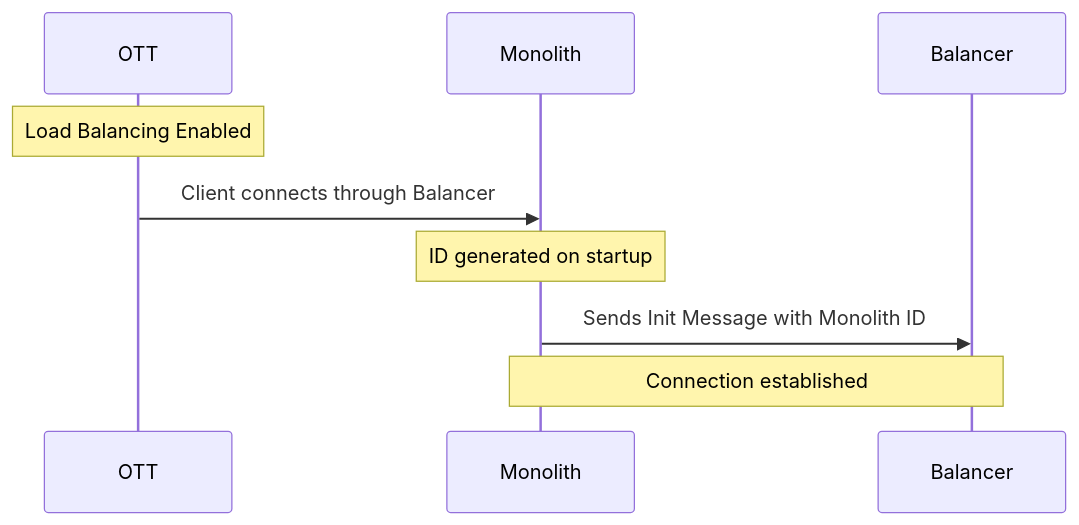
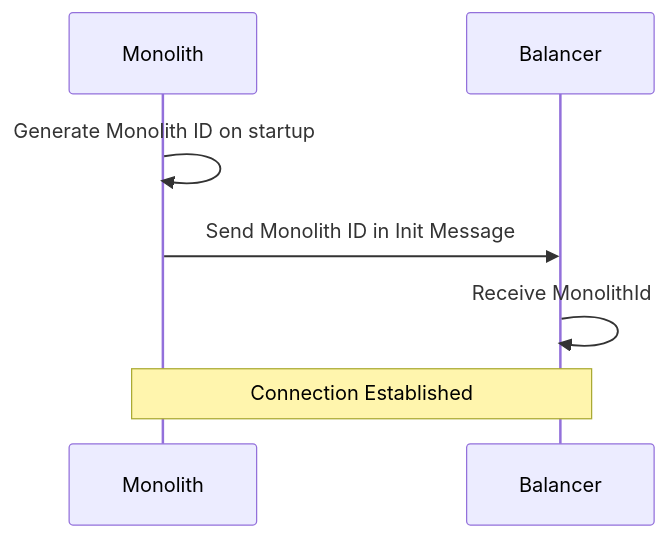
Before and after one commit to dyc3/senior-design: the diagram in figures/monolith-id-sequence.mmd, drawn with Mermaid. The commit also changed 1 other file, not shown here.

```diff
--- a/figures/monolith-id-sequence.mmd
+++ b/figures/monolith-id-sequence.mmd
@@ -1,12 +1,8 @@
 sequenceDiagram
-
-    Participant OTT
     participant Monolith
     participant Balancer
 
-    Note over OTT: Load Balancing Enabled
-
-    OTT->>Monolith: Client connects through Balancer
-    Note over Monolith: ID generated on startup
-    Monolith->>Balancer: Sends Init Message with Monolith ID
-    Note over Monolith,Balancer: Connection established
+    Monolith->>Monolith: Generate Monolith ID on startup
+    Monolith->>Balancer: Send Monolith ID in Init Message
+    Balancer->>Balancer: Receive MonolithId
+    Note over Monolith,Balancer: Connection Established
```
